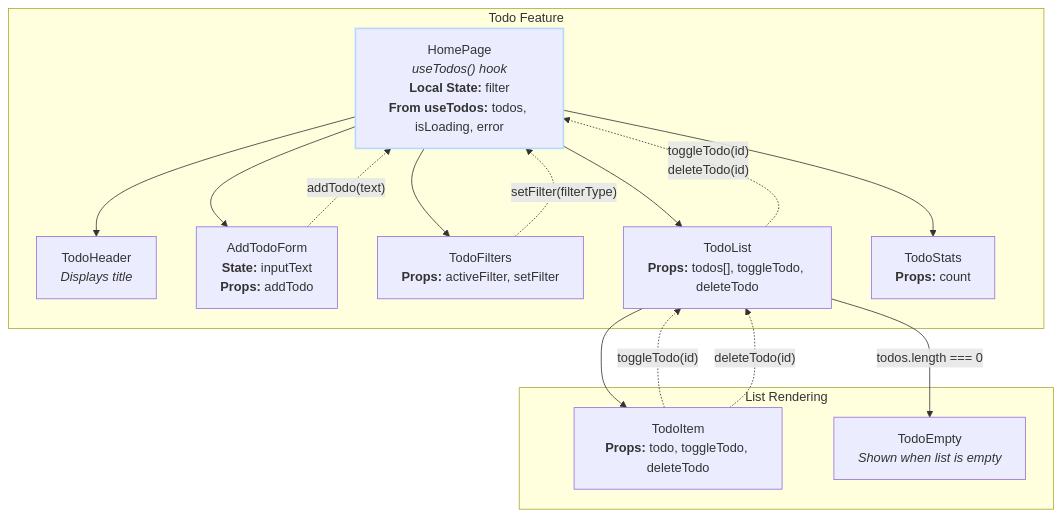
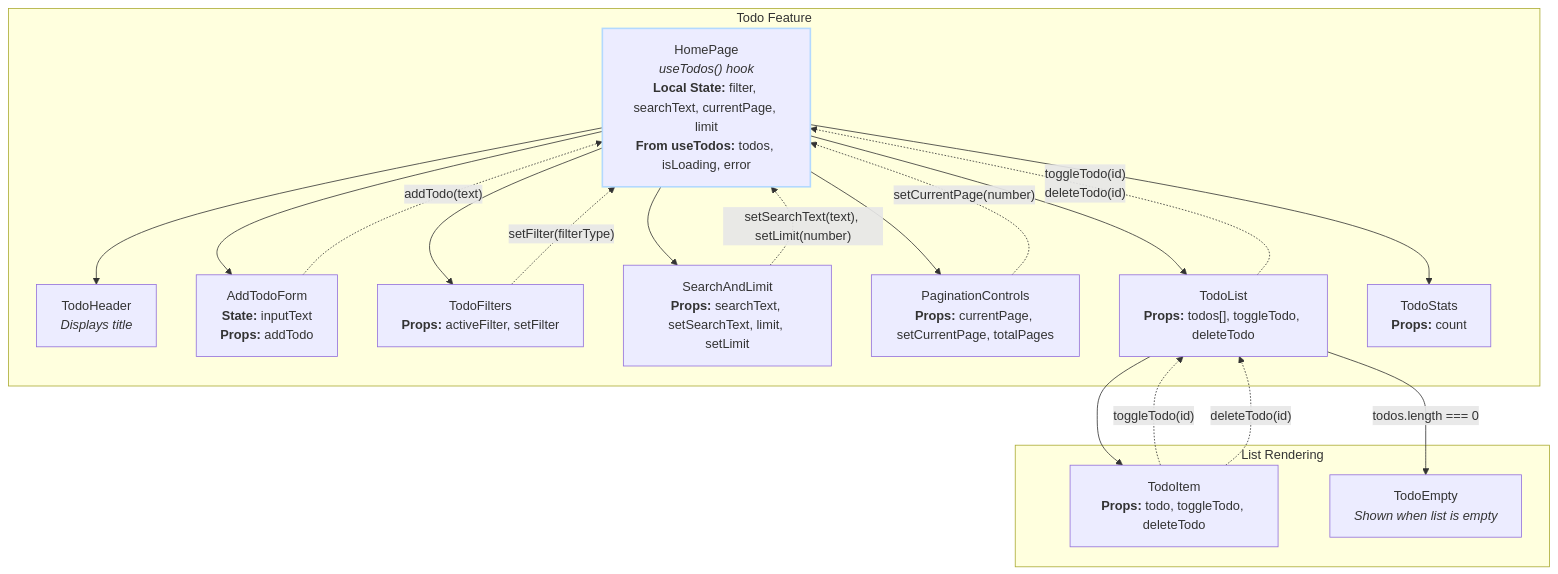
The diagram in README.md (tosentai/react_lab4-6), drawn with Mermaid before and after one commit. The commit also changed other lines of this file, not shown here.

````diff
--- a/README.md
+++ b/README.md
@@ -33,34 +28,40 @@
 ```mermaid
 graph TD;
-    HomePage["HomePage<br/><i>useTodos() hook</i><br/><b>Local State:</b> filter<br/><b>From useTodos:</b> todos, isLoading, error"]
-    
+    HomePage["HomePage<br/><i>useTodos() hook</i><br/><b>Local State:</b> filter, searchText, currentPage, limit<br/><b>From useTodos:</b> todos, isLoading, error"]
+
     TodoHeader["TodoHeader<br/><i>Displays title</i>"]
     AddTodoForm["AddTodoForm<br/><b>State:</b> inputText<br/><b>Props:</b> addTodo"]
     TodoFilters["TodoFilters<br/><b>Props:</b> activeFilter, setFilter"]
+    SearchAndLimit["SearchAndLimit<br/><b>Props:</b> searchText, setSearchText, limit, setLimit"]
+    PaginationControls["PaginationControls<br/><b>Props:</b> currentPage, setCurrentPage, totalPages"]
     TodoList["TodoList<br/><b>Props:</b> todos[], toggleTodo, deleteTodo"]
     TodoStats["TodoStats<br/><b>Props:</b> count"]
-    
+
     TodoItem["TodoItem<br/><b>Props:</b> todo, toggleTodo, deleteTodo"]
     TodoEmpty["TodoEmpty<br/><i>Shown when list is empty</i>"]
 
     subgraph "Todo Feature"
         HomePage --> TodoHeader
         HomePage --> AddTodoForm
         HomePage --> TodoFilters
+        HomePage --> SearchAndLimit
+        HomePage --> PaginationControls
         HomePage --> TodoList
         HomePage --> TodoStats
     end
 
     subgraph "List Rendering"
         TodoList --> TodoItem
         TodoList -- "todos.length === 0" --> TodoEmpty
     end
 
     style HomePage stroke:#b3d9ff,stroke-width:2px
-    
+
     AddTodoForm -.->|"addTodo(text)"| HomePage
     TodoFilters -.->|"setFilter(filterType)"| HomePage
+    SearchAndLimit -.->|"setSearchText(text), setLimit(number)"| HomePage
+    PaginationControls -.->|"setCurrentPage(number)"| HomePage
     TodoItem -.->|"toggleTodo(id)"| TodoList
     TodoItem -.->|"deleteTodo(id)"| TodoList
     TodoList -.->|"toggleTodo(id)<br/>deleteTodo(id)"| HomePage
 ```
````
